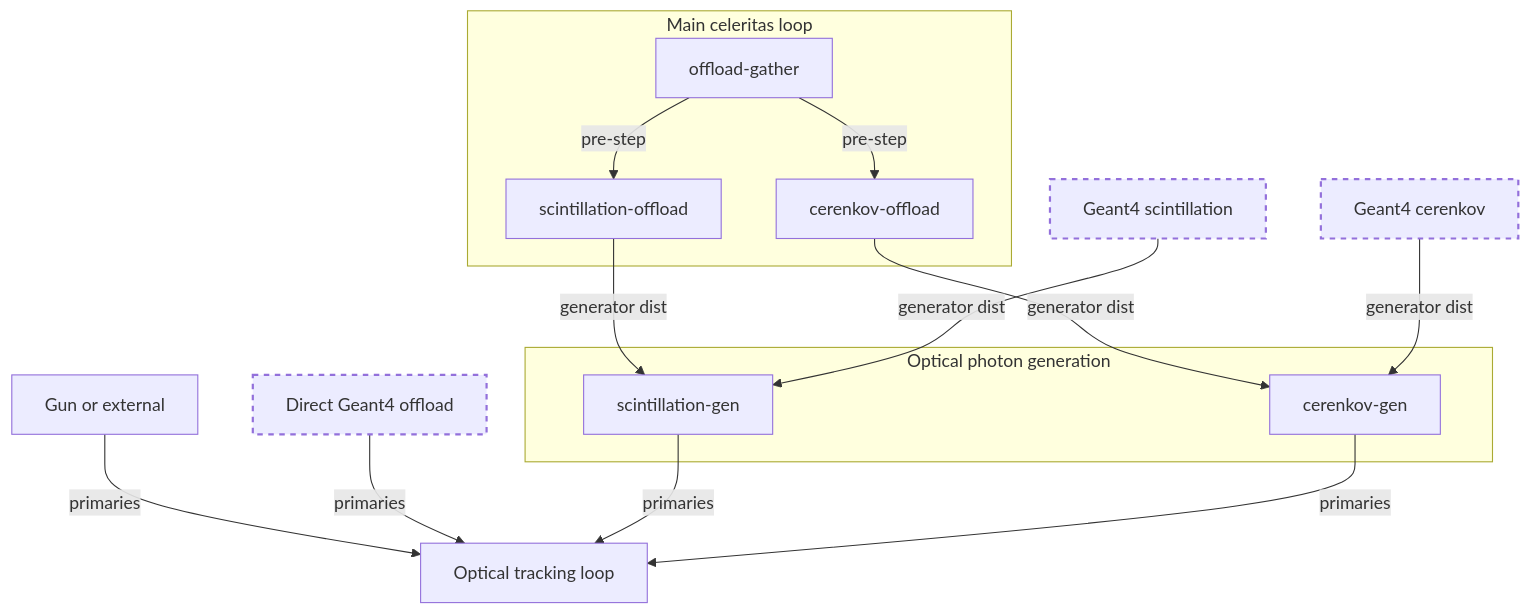
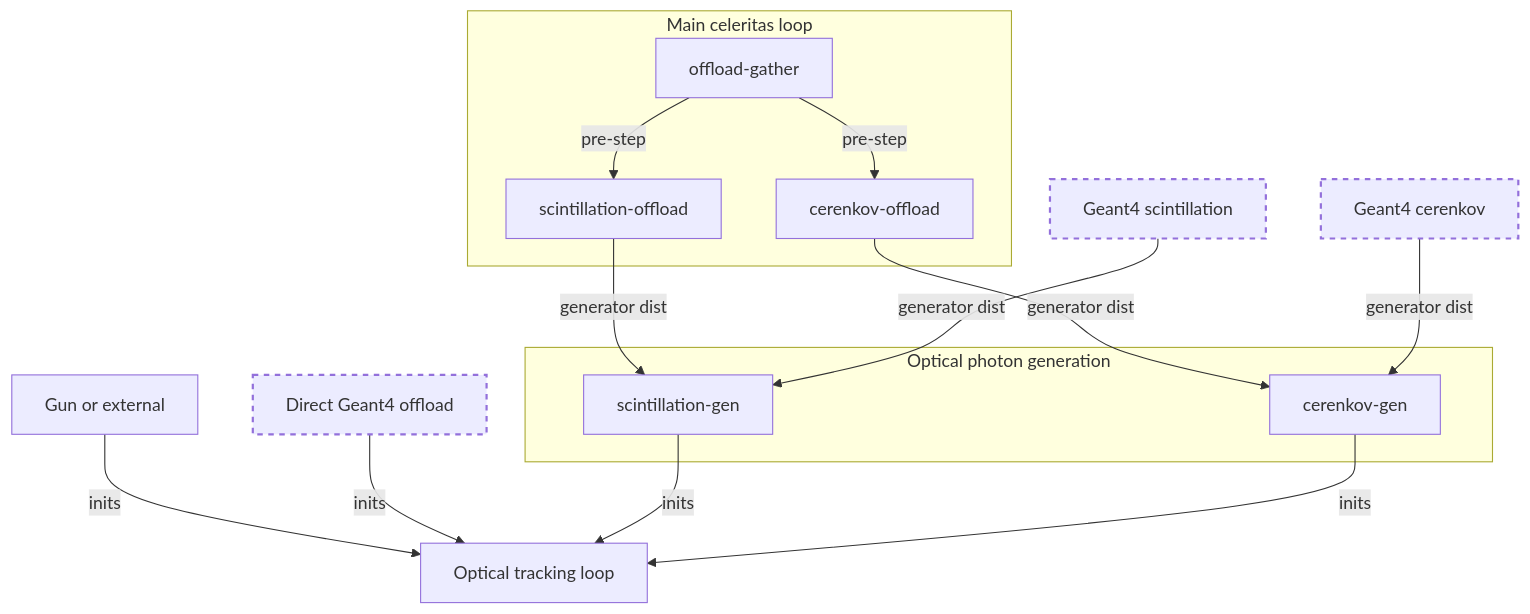
The diagram in doc/implementation/optical-physics.rst (stognini/celeritas), drawn with Mermaid before and after one commit. The commit also changed other lines of this file and 6 other files, not shown here.

```diff
--- a/doc/implementation/optical-physics.rst
+++ b/doc/implementation/optical-physics.rst
@@ -18,37 +18,37 @@
 .. mermaid::
 
    flowchart TB
      gun["Gun or external"]
      geant4-direct["Direct Geant4 offload"]
      geant4-scint["Geant4 scintillation"]
      geant4-ceren["Geant4 cerenkov"]
 
      classDef not-impl stroke-width:2px,stroke-dasharray: 5 5
      class geant4-direct,geant4-scint,geant4-ceren not-impl
 
      subgraph main-celeritas-loop["Main celeritas loop"]
        offload-gather
        scintillation-offload
        cerenkov-offload
      end
 
      offload-gather -->|pre-step| scintillation-offload
      offload-gather -->|pre-step| cerenkov-offload
 
      subgraph photon-gen["Optical photon generation"]
        scintillation-gen
        cerenkov-gen
      end
 
      scintillation-offload -->|generator dist| scintillation-gen
      cerenkov-offload -->|generator dist| cerenkov-gen
      geant4-scint -->|generator dist| scintillation-gen
      geant4-ceren -->|generator dist| cerenkov-gen
 
 
      photons["Optical tracking loop"]
-     gun -->|primaries| photons
+     gun -->|inits| photons
 
-     geant4-direct -->|primaries| photons
-     scintillation-gen -->|primaries| photons
-     cerenkov-gen -->|primaries| photons
+     geant4-direct -->|inits| photons
+     scintillation-gen -->|inits| photons
+     cerenkov-gen -->|inits| photons
```
